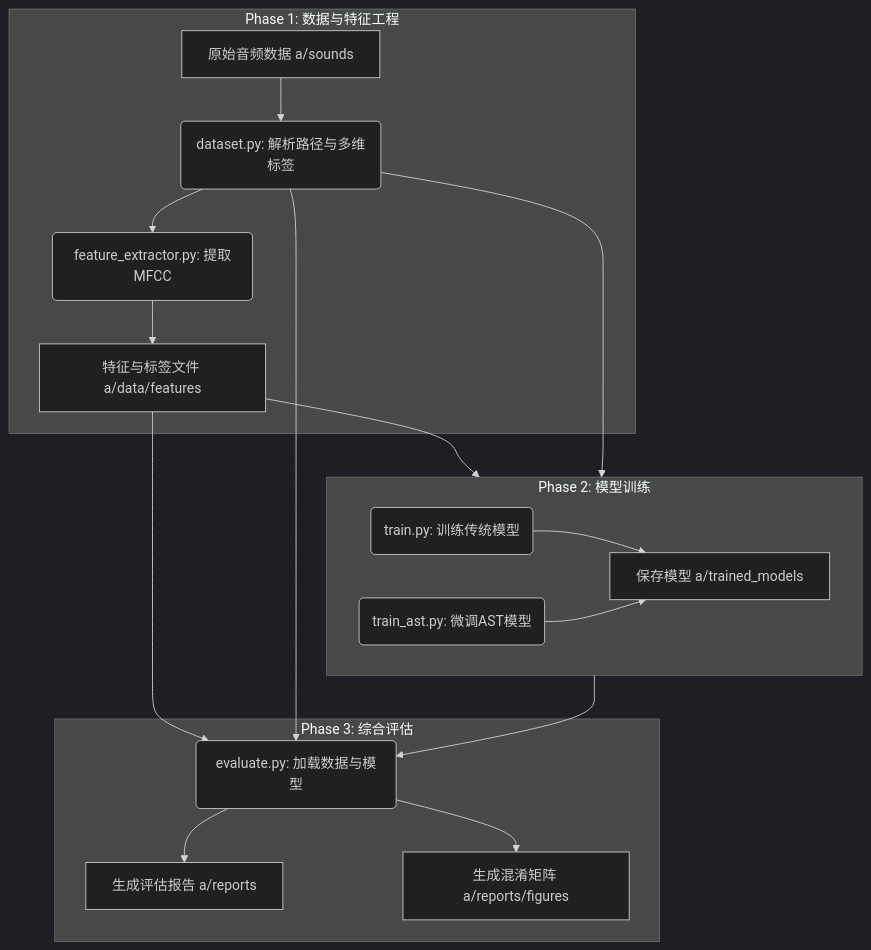
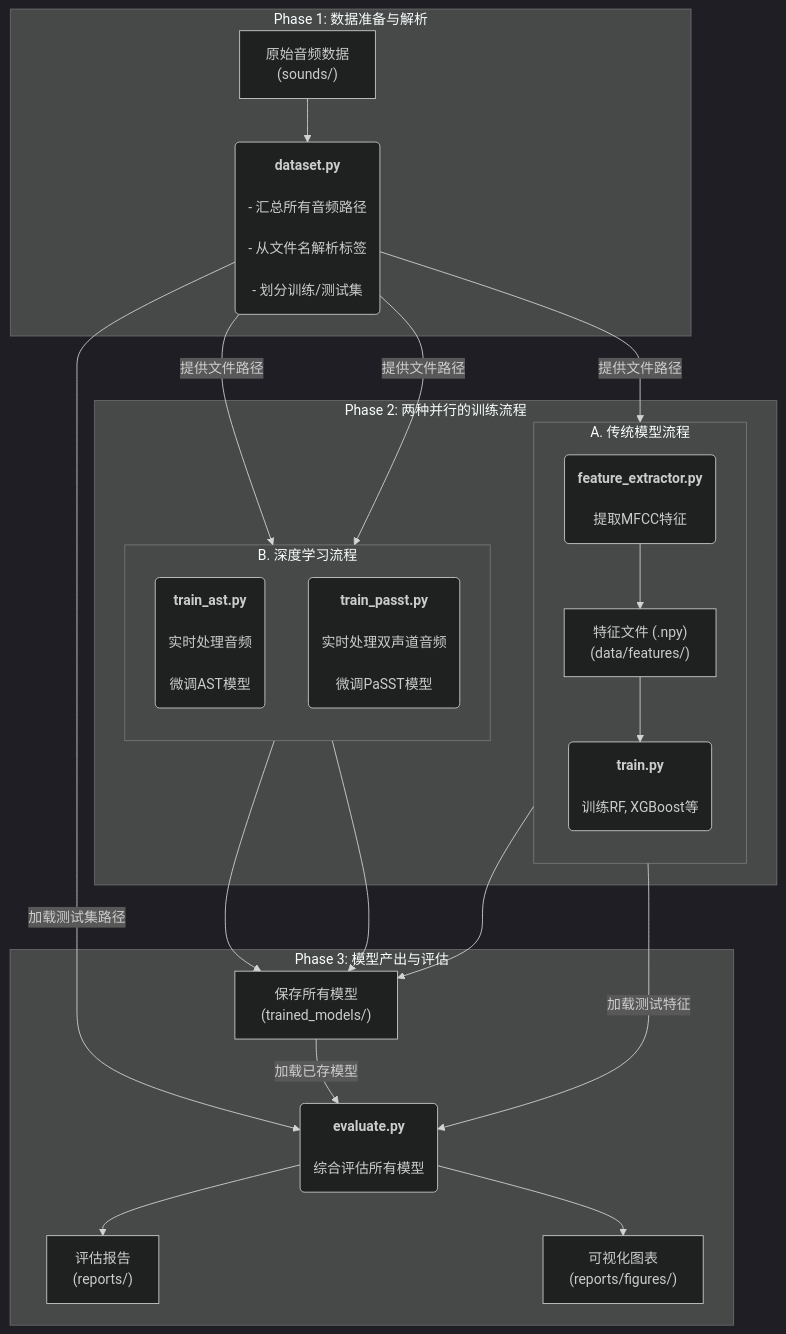
The diagram in sounds_model_GUIDE.md (stlin256/pubg_weapon_system), drawn with Mermaid (dark theme) before and after one commit. The commit also changed other lines of this file and 10 other files, not shown here.

Commit message:
优化图表生成与训练说明

````diff
--- a/sounds_model_GUIDE.md
+++ b/sounds_model_GUIDE.md
@@ -23,21 +23,58 @@
 ```mermaid
 graph TD
-    subgraph "Phase 1: 数据与特征工程"
-        A[原始音频数据 a/sounds] --> B(dataset.py: 解析路径与多维标签);
-        B --> C(feature_extractor.py: 提取MFCC);
-        C --> D[特征与标签文件 a/data/features];
+    subgraph "Phase 1: 数据准备与解析"
+        A["<fa:fa-folder-open> 原始音频数据<br/>(sounds/)"] --> B("
+            <fa:fa-cogs> <b>dataset.py</b><br/>
+            - 汇总所有音频路径<br/>
+            - 从文件名解析标签<br/>
+            - 划分训练/测试集
+        ");
     end
 
-    subgraph "Phase 2: 模型训练"
-        direction LR
-        D --> E1(train.py: 训练传统模型);
-        B --> E2(train_ast.py: 微调AST模型);
-        E1 & E2 --> F[保存模型 a/trained_models];
+    subgraph "Phase 2: 两种并行的训练流程"
+        subgraph "A. 传统模型流程"
+            direction TB
+            B -- "提供文件路径" --> C("
+                <fa:fa-calculator> <b>feature_extractor.py</b><br/>
+                提取MFCC特征
+            ");
+            C --> D["<fa:fa-database> 特征文件 (.npy)<br/>(data/features/)"];
+            D --> E1("
+                <fa:fa-tree> <b>train.py</b><br/>
+                训练RF, XGBoost等
+            ");
+        end
+
+        subgraph "B. 深度学习流程"
+            direction TB
+            B -- "提供文件路径" --> E2("
+                <fa:fa-brain> <b>train_ast.py</b><br/>
+                实时处理音频<br/>
+                微调AST模型
+            ");
+            B -- "提供文件路径" --> E3("
+                <fa:fa-headphones> <b>train_passt.py</b><br/>
+                实时处理双声道音频<br/>
+                微调PaSST模型
+            ");
+        end
     end
 
-    subgraph "Phase 3: 综合评估"
-        D & B & F --> G(evaluate.py: 加载数据与模型);
-        G --> H[生成评估报告 a/reports];
-        G --> I[生成混淆矩阵 a/reports/figures];
+    subgraph "Phase 3: 模型产出与评估"
+        F["<fa:fa-archive> 保存所有模型<br/>(trained_models/)"];
+        E1 --> F;
+        E2 --> F;
+        E3 --> F;
+        
+        G("
+            <fa:fa-chart-bar> <b>evaluate.py</b><br/>
+            综合评估所有模型
+        ");
+        F -- "加载已存模型" --> G;
+        D -- "加载测试特征" --> G;
+        B -- "加载测试集路径" --> G;
+        
+        G --> H["<fa:fa-file-csv> 评估报告<br/>(reports/)"];
+        G --> I["<fa:fa-images> 可视化图表<br/>(reports/figures/)"];
     end
 ```
````
